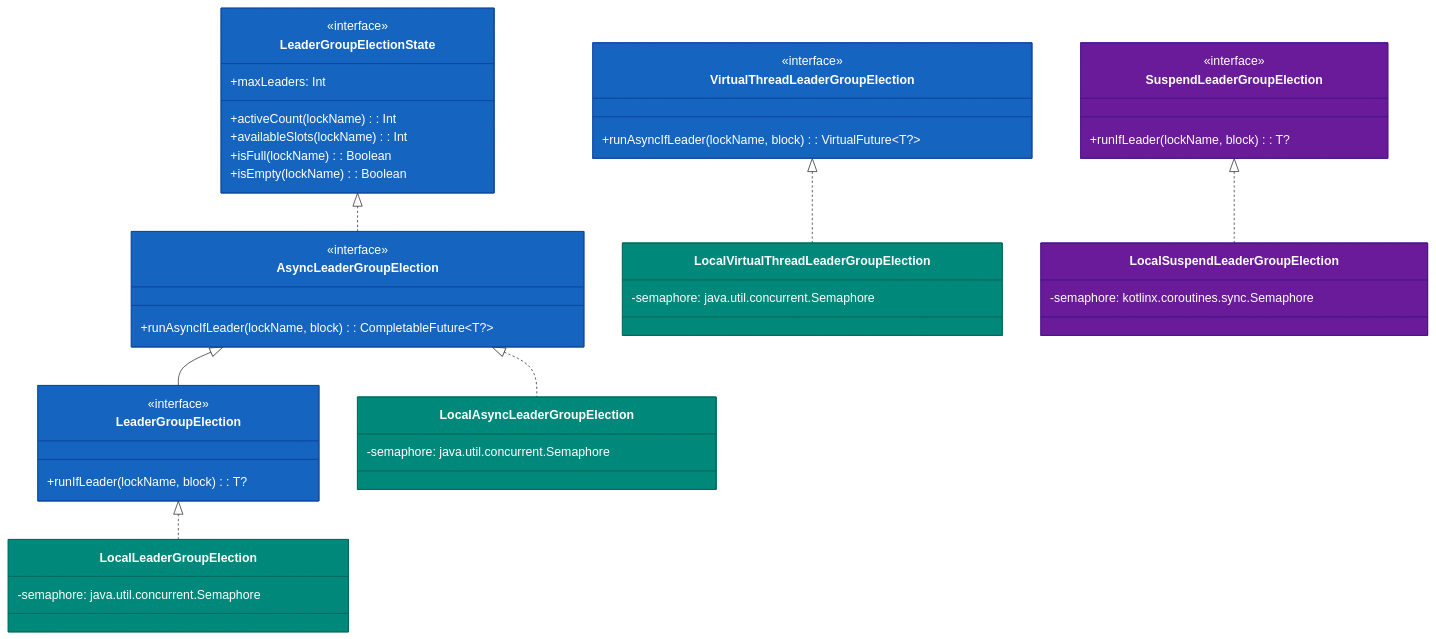
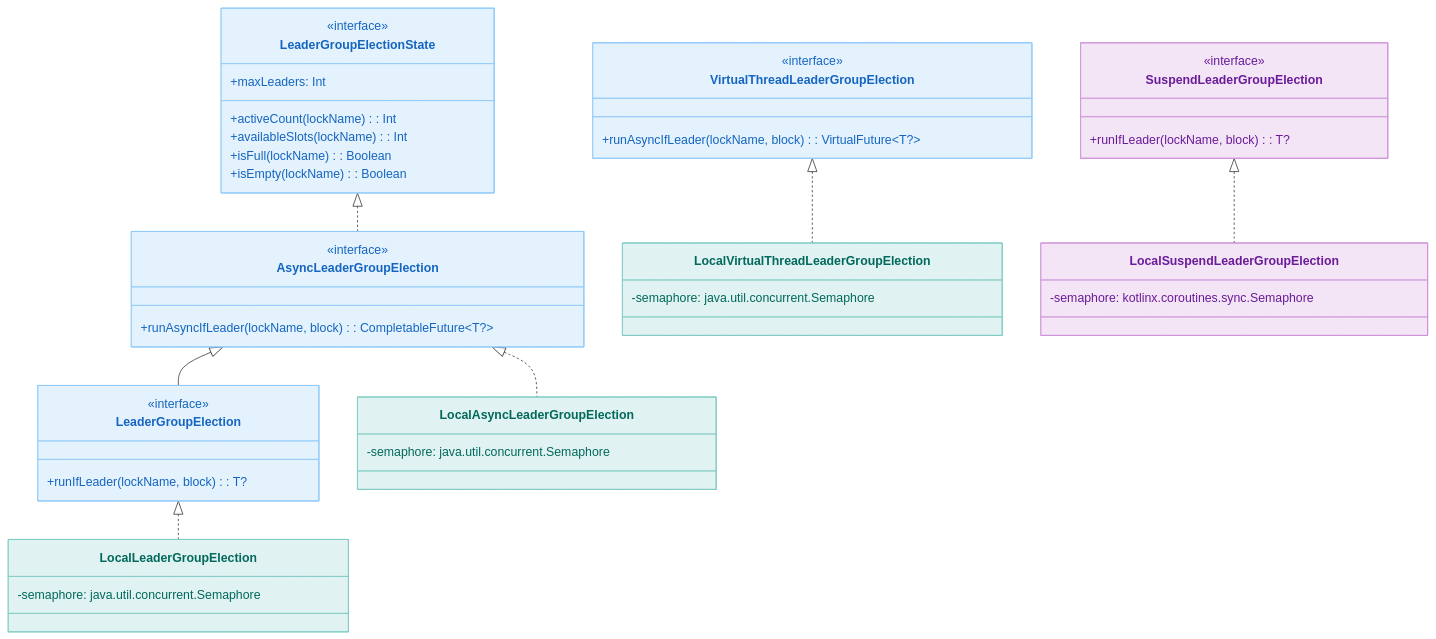
One commit to bluetape4k/bluetape4k-projects changed the fourth of 5 diagrams in utils/leader/README.ko.md. Above: the diagram before and after it, drawn with Mermaid. The commit also changed other lines of this file and 219 other files, not shown here.

First line of the commit message:
docs: 전체 README Mermaid 다이어그램 가이드 적용

````diff
--- a/utils/leader/README.ko.md
+++ b/utils/leader/README.ko.md
@@ -146,64 +146,64 @@
 ```mermaid
 classDiagram
     class LeaderGroupElectionState {
         <<interface>>
         +maxLeaders: Int
         +activeCount(lockName): Int
         +availableSlots(lockName): Int
         +isFull(lockName): Boolean
         +isEmpty(lockName): Boolean
     }
 
     class AsyncLeaderGroupElection {
         <<interface>>
         +runAsyncIfLeader(lockName, block): CompletableFuture~T?~
     }
 
     class LeaderGroupElection {
         <<interface>>
         +runIfLeader(lockName, block): T?
     }
 
     class VirtualThreadLeaderGroupElection {
         <<interface>>
         +runAsyncIfLeader(lockName, block): VirtualFuture~T?~
     }
 
     class SuspendLeaderGroupElection {
         <<interface>>
         +runIfLeader(lockName, block): T?
     }
 
     class LocalLeaderGroupElection {
         -semaphore: java.util.concurrent.Semaphore
     }
 
     class LocalAsyncLeaderGroupElection {
         -semaphore: java.util.concurrent.Semaphore
     }
 
     class LocalVirtualThreadLeaderGroupElection {
         -semaphore: java.util.concurrent.Semaphore
     }
 
     class LocalSuspendLeaderGroupElection {
         -semaphore: kotlinx.coroutines.sync.Semaphore
     }
 
     LeaderGroupElectionState <|.. AsyncLeaderGroupElection
     AsyncLeaderGroupElection <|-- LeaderGroupElection
     LeaderGroupElection <|.. LocalLeaderGroupElection
     AsyncLeaderGroupElection <|.. LocalAsyncLeaderGroupElection
     VirtualThreadLeaderGroupElection <|.. LocalVirtualThreadLeaderGroupElection
     SuspendLeaderGroupElection <|.. LocalSuspendLeaderGroupElection
 
-    style LeaderGroupElectionState fill:#1565C0,stroke:#0D47A1,color:#FFFFFF
-    style AsyncLeaderGroupElection fill:#1565C0,stroke:#0D47A1,color:#FFFFFF
-    style LeaderGroupElection fill:#1565C0,stroke:#0D47A1,color:#FFFFFF
-    style VirtualThreadLeaderGroupElection fill:#1565C0,stroke:#0D47A1,color:#FFFFFF
-    style SuspendLeaderGroupElection fill:#6A1B9A,stroke:#4A148C,color:#FFFFFF
-    style LocalLeaderGroupElection fill:#00897B,stroke:#00695C,color:#FFFFFF
-    style LocalAsyncLeaderGroupElection fill:#00897B,stroke:#00695C,color:#FFFFFF
-    style LocalVirtualThreadLeaderGroupElection fill:#00897B,stroke:#00695C,color:#FFFFFF
-    style LocalSuspendLeaderGroupElection fill:#6A1B9A,stroke:#4A148C,color:#FFFFFF
+    style LeaderGroupElectionState fill:#E3F2FD,stroke:#90CAF9,color:#1565C0
+    style AsyncLeaderGroupElection fill:#E3F2FD,stroke:#90CAF9,color:#1565C0
+    style LeaderGroupElection fill:#E3F2FD,stroke:#90CAF9,color:#1565C0
+    style VirtualThreadLeaderGroupElection fill:#E3F2FD,stroke:#90CAF9,color:#1565C0
+    style SuspendLeaderGroupElection fill:#F3E5F5,stroke:#CE93D8,color:#6A1B9A
+    style LocalLeaderGroupElection fill:#E0F2F1,stroke:#80CBC4,color:#00695C
+    style LocalAsyncLeaderGroupElection fill:#E0F2F1,stroke:#80CBC4,color:#00695C
+    style LocalVirtualThreadLeaderGroupElection fill:#E0F2F1,stroke:#80CBC4,color:#00695C
+    style LocalSuspendLeaderGroupElection fill:#F3E5F5,stroke:#CE93D8,color:#6A1B9A
 ```
````
